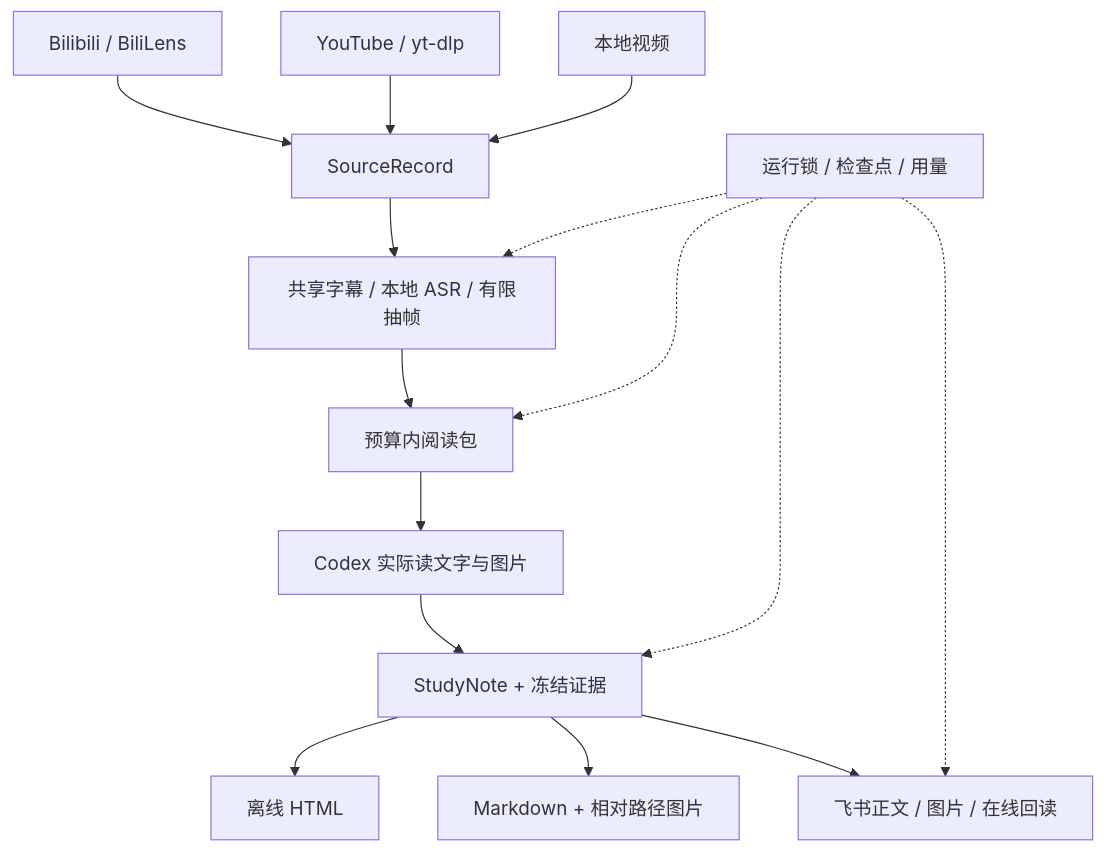
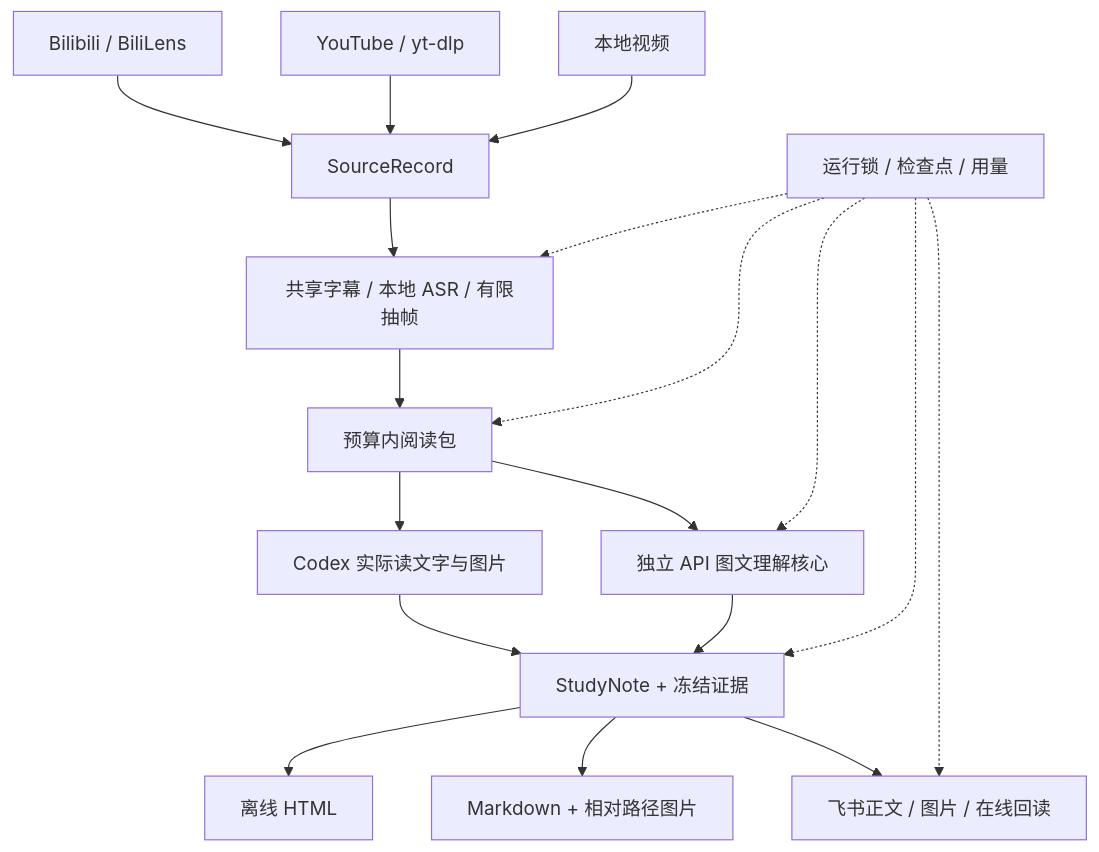
The diagram in references/architecture.md (Nahuyiur/video-study-notes), drawn with Mermaid before and after one commit. The commit also changed other lines of this file and 6 other files, not shown here.

````diff
--- a/references/architecture.md
+++ b/references/architecture.md
@@ -5,17 +5,20 @@
 ```mermaid
 flowchart TD
   B[Bilibili / BiliLens] --> S[SourceRecord]
   Y[YouTube / yt-dlp] --> S
   L[本地视频] --> S
   S --> M[共享字幕 / 本地 ASR / 有限抽帧]
   M --> R[预算内阅读包]
   R --> A[Codex 实际读文字与图片]
+  R --> E[独立 API 图文理解核心]
   A --> N[StudyNote + 冻结证据]
+  E --> N
   N --> H[离线 HTML]
   N --> D[Markdown + 相对路径图片]
   N --> F[飞书正文 / 图片 / 在线回读]
   U[运行锁 / 检查点 / 用量] -.-> M
   U -.-> R
+  U -.-> E
   U -.-> N
   U -.-> F
 ```
````
